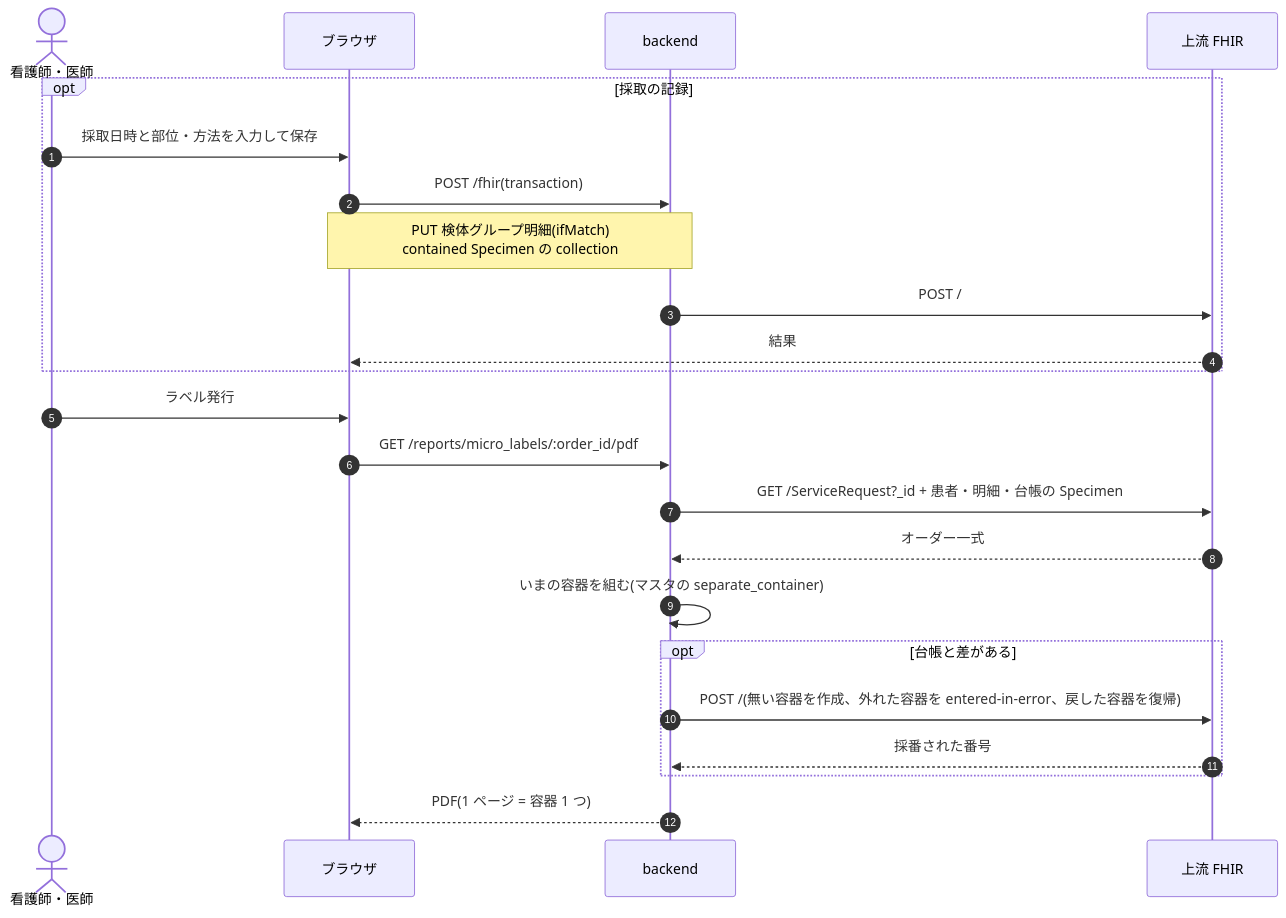
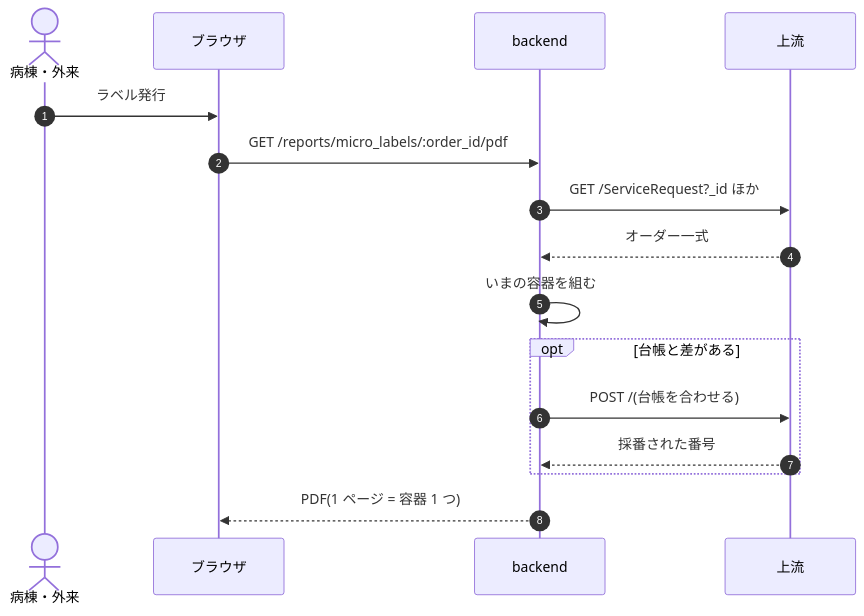
One commit to ysnr-dev/fhir-client-docs changed the fifth of 11 diagrams in docs/dev/micro.md. Above: the diagram before and after it, drawn with Mermaid. The commit also changed other lines of this file and 43 other files, not shown here.

Commit message:
docs: 業務フローとシーケンス図を写し直し

````diff
--- a/docs/dev/micro.md
+++ b/docs/dev/micro.md
@@ -98,26 +235,19 @@
 ```mermaid
 sequenceDiagram
   autonumber
-  actor Staff as 看護師・医師
+  actor Staff as 病棟・外来
   participant UI as ブラウザ
   participant BE as backend
-  participant FHIR as 上流 FHIR
+  participant FHIR as 上流
 
-  opt 採取の記録
-    Staff->>UI: 採取日時と部位・方法を入力して保存
-    UI->>BE: POST /fhir(transaction)
-    Note over UI,BE: PUT 検体グループ明細(ifMatch)<br/>contained Specimen の collection
-    BE->>FHIR: POST /
-    FHIR-->>UI: 結果
-  end
   Staff->>UI: ラベル発行
   UI->>BE: GET /reports/micro_labels/:order_id/pdf
-  BE->>FHIR: GET /ServiceRequest?_id + 患者・明細・台帳の Specimen
+  BE->>FHIR: GET /ServiceRequest?_id ほか
   FHIR-->>BE: オーダー一式
-  BE->>BE: いまの容器を組む(マスタの separate_container)
+  BE->>BE: いまの容器を組む
   opt 台帳と差がある
-    BE->>FHIR: POST /(無い容器を作成、外れた容器を entered-in-error、戻した容器を復帰)
+    BE->>FHIR: POST /(台帳を合わせる)
     FHIR-->>BE: 採番された番号
   end
   BE-->>UI: PDF(1 ページ = 容器 1 つ)
 ```
````
